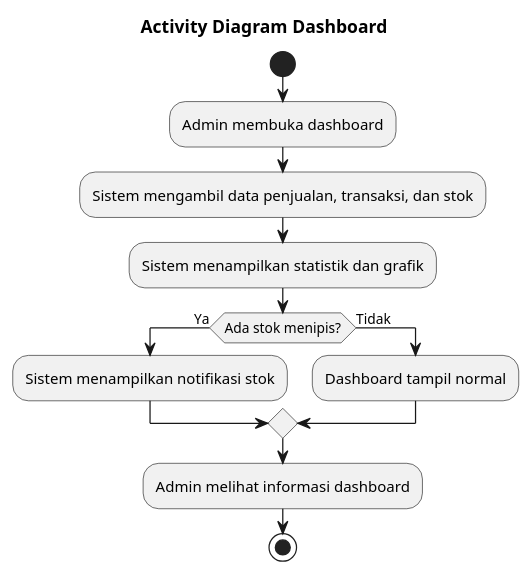
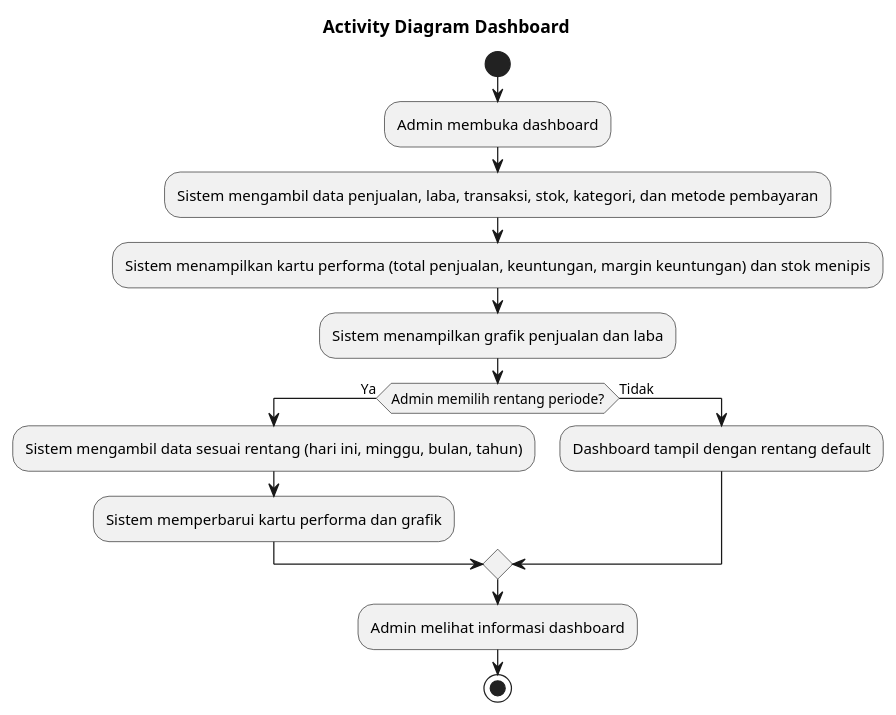
Before and after one commit to mgalihpp/warung-pos: diagram 11 of 18 in docs/activity-diagram-bab-3.md, drawn with PlantUML. The commit also changed other lines of this file and 2 other files, not shown here.

````diff
--- a/docs/activity-diagram-bab-3.md
+++ b/docs/activity-diagram-bab-3.md
@@ -235,19 +235,21 @@
 ```plantuml
 @startuml
 title Activity Diagram Dashboard
 
 start
 :Admin membuka dashboard;
-:Sistem mengambil data penjualan, transaksi, dan stok;
-:Sistem menampilkan statistik dan grafik;
+:Sistem mengambil data penjualan, laba, transaksi, stok, kategori, dan metode pembayaran;
+:Sistem menampilkan kartu performa (total penjualan, keuntungan, margin keuntungan) dan stok menipis;
+:Sistem menampilkan grafik penjualan dan laba;
 
-if (Ada stok menipis?) then (Ya)
-  :Sistem menampilkan notifikasi stok;
+if (Admin memilih rentang periode?) then (Ya)
+  :Sistem mengambil data sesuai rentang (hari ini, minggu, bulan, tahun);
+  :Sistem memperbarui kartu performa dan grafik;
 else (Tidak)
-  :Dashboard tampil normal;
+  :Dashboard tampil dengan rentang default;
 endif
 
 :Admin melihat informasi dashboard;
 stop
 @enduml
 ```
````
